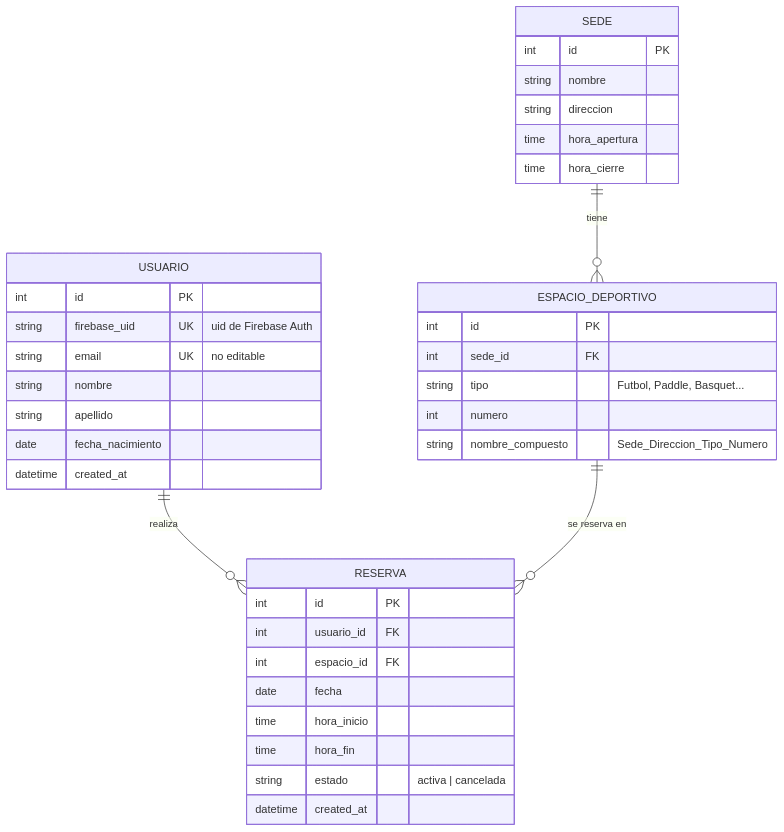
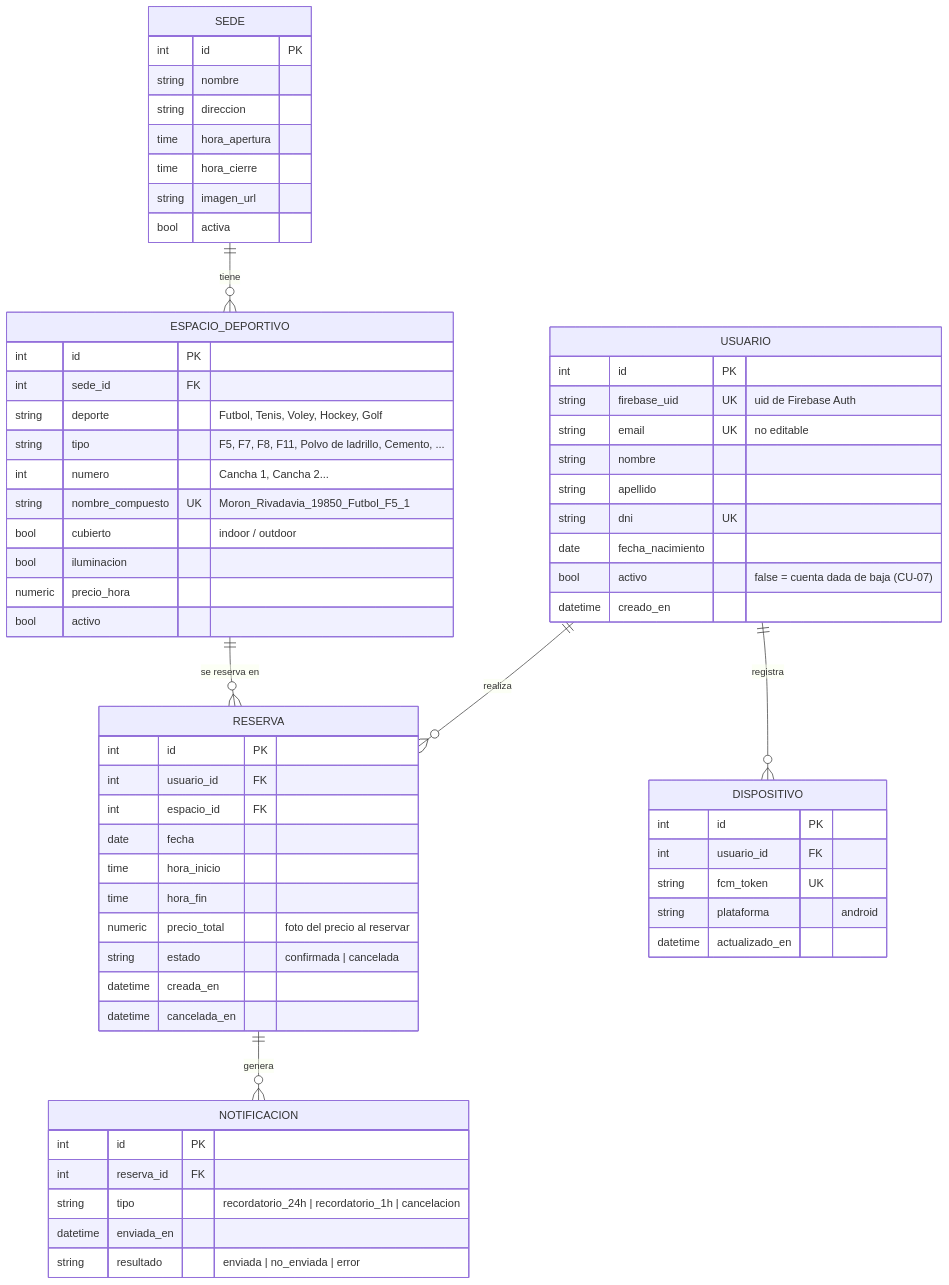
The diagram in docs/modelo-datos.md (Martiherenu1/ClubMartinianoHerenu), drawn with Mermaid before and after one commit. The commit also changed other lines of this file, not shown here.

First line of the commit message:
docs: rehacer modelo de datos segun Figma y specs del grupo

````diff
--- a/docs/modelo-datos.md
+++ b/docs/modelo-datos.md
@@ -5,43 +9,72 @@
 ```mermaid
 erDiagram
     USUARIO ||--o{ RESERVA : "realiza"
+    USUARIO ||--o{ DISPOSITIVO : "registra"
     SEDE ||--o{ ESPACIO_DEPORTIVO : "tiene"
     ESPACIO_DEPORTIVO ||--o{ RESERVA : "se reserva en"
+    RESERVA ||--o{ NOTIFICACION : "genera"
 
     USUARIO {
         int id PK
         string firebase_uid UK "uid de Firebase Auth"
         string email UK "no editable"
         string nombre
         string apellido
+        string dni UK
         date fecha_nacimiento
-        datetime created_at
+        bool activo "false = cuenta dada de baja (CU-07)"
+        datetime creado_en
     }
 
     SEDE {
         int id PK
         string nombre
         string direccion
         time hora_apertura
         time hora_cierre
+        string imagen_url
+        bool activa
     }
 
     ESPACIO_DEPORTIVO {
         int id PK
         int sede_id FK
-        string tipo "Futbol, Paddle, Basquet..."
-        int numero
-        string nombre_compuesto "Sede_Direccion_Tipo_Numero"
+        string deporte "Futbol, Tenis, Voley, Hockey, Golf"
+        string tipo "F5, F7, F8, F11, Polvo de ladrillo, Cemento, ..."
+        int numero "Cancha 1, Cancha 2..."
+        string nombre_compuesto UK "Moron_Rivadavia_19850_Futbol_F5_1"
+        bool cubierto "indoor / outdoor"
+        bool iluminacion
+        numeric precio_hora
+        bool activo
     }
 
     RESERVA {
         int id PK
         int usuario_id FK
         int espacio_id FK
         date fecha
         time hora_inicio
         time hora_fin
-        string estado "activa | cancelada"
-        datetime created_at
+        numeric precio_total "foto del precio al reservar"
+        string estado "confirmada | cancelada"
+        datetime creada_en
+        datetime cancelada_en
+    }
+
+    DISPOSITIVO {
+        int id PK
+        int usuario_id FK
+        string fcm_token UK
+        string plataforma "android"
+        datetime actualizado_en
+    }
+
+    NOTIFICACION {
+        int id PK
+        int reserva_id FK
+        string tipo "recordatorio_24h | recordatorio_1h | cancelacion"
+        datetime enviada_en
+        string resultado "enviada | no_enviada | error"
     }
 ```
````
